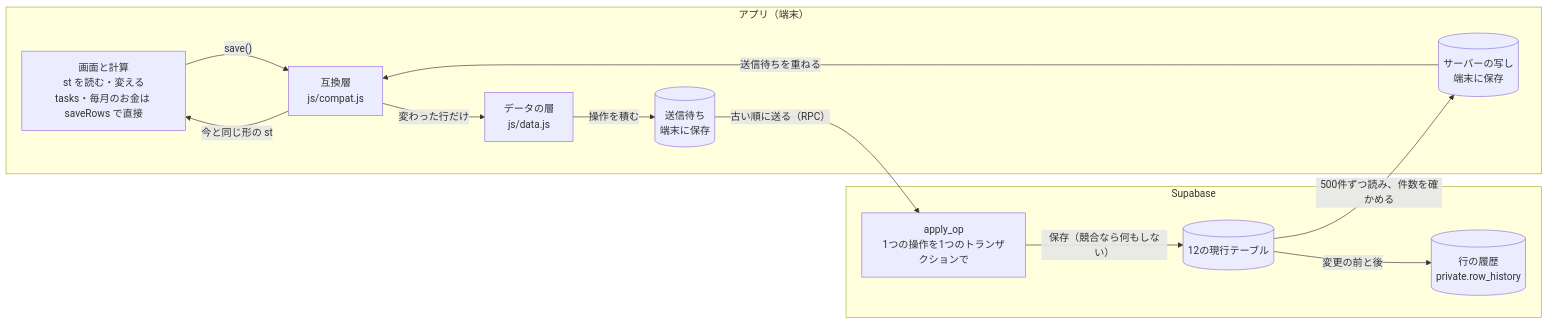
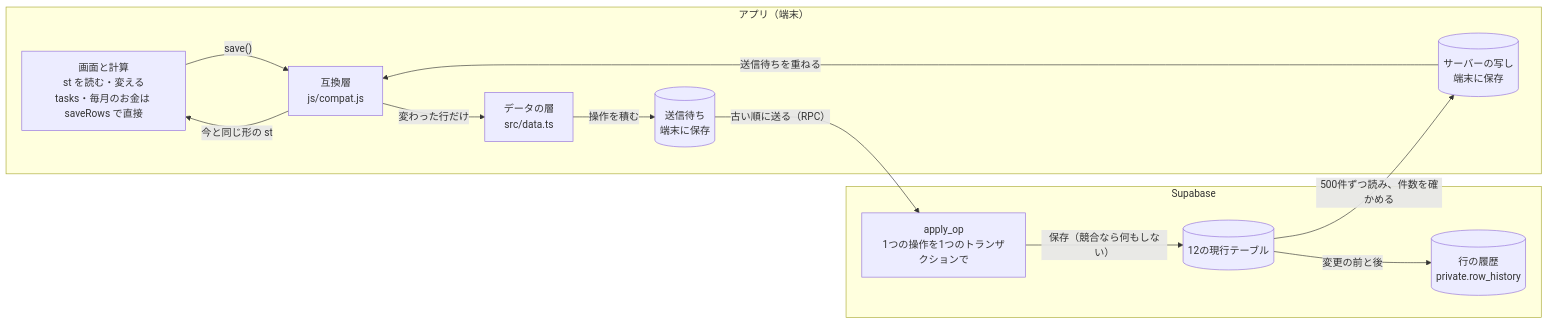
One commit to Keitaro0510/maney-app changed the second of 2 diagrams in docs/db/SCHEMA.md. Above: the diagram before and after it, drawn with Mermaid. The commit also changed 16 other files, not shown here.

First line of the commit message:
data・backup を src/ の TypeScript に移す（D4 の手順4・D17）

````diff
--- a/docs/db/SCHEMA.md
+++ b/docs/db/SCHEMA.md
@@ -158,24 +158,24 @@
 ```mermaid
 flowchart LR
   subgraph app["アプリ（端末）"]
     UI["画面と計算<br>st を読む・変える<br>tasks・毎月のお金は saveRows で直接"]
     C["互換層<br>js/compat.js"]
-    D["データの層<br>js/data.js"]
+    D["データの層<br>src/data.ts"]
     Q[("送信待ち<br>端末に保存")]
     S[("サーバーの写し<br>端末に保存")]
   end
   subgraph db["Supabase"]
     A["apply_op<br>1つの操作を1つのトランザクションで"]
     T[("12の現行テーブル")]
     H[("行の履歴<br>private.row_history")]
   end
   UI -- "save()" --> C
   C -- "変わった行だけ" --> D
   D -- "操作を積む" --> Q
   Q -- "古い順に送る（RPC）" --> A
   A -- "保存（競合なら何もしない）" --> T
   T -- "変更の前と後" --> H
   T -- "500件ずつ読み、件数を確かめる" --> S
   S -- "送信待ちを重ねる" --> C
   C -- "今と同じ形の st" --> UI
 ```
````
